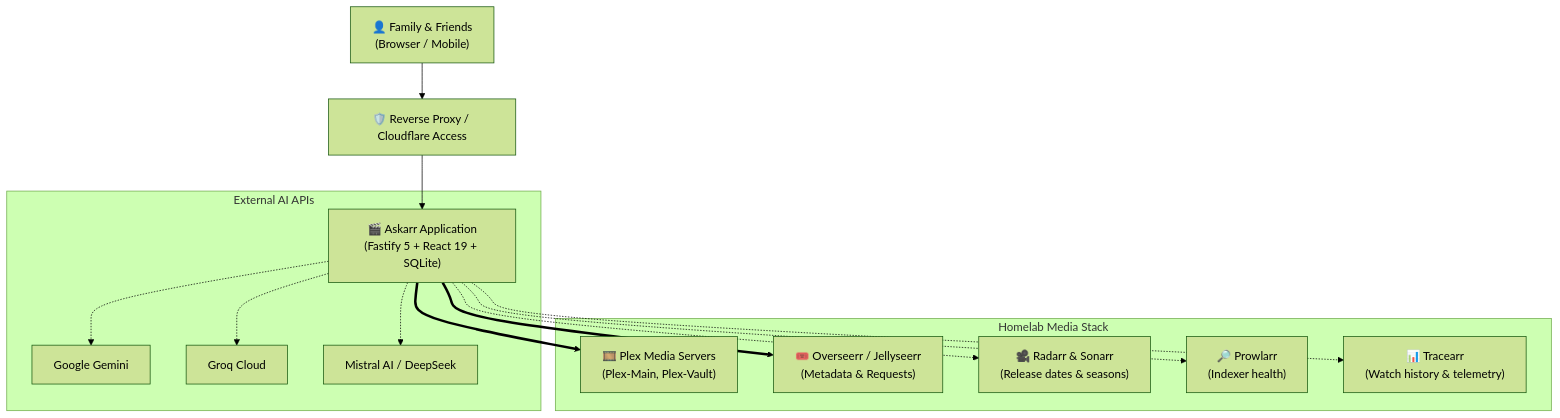
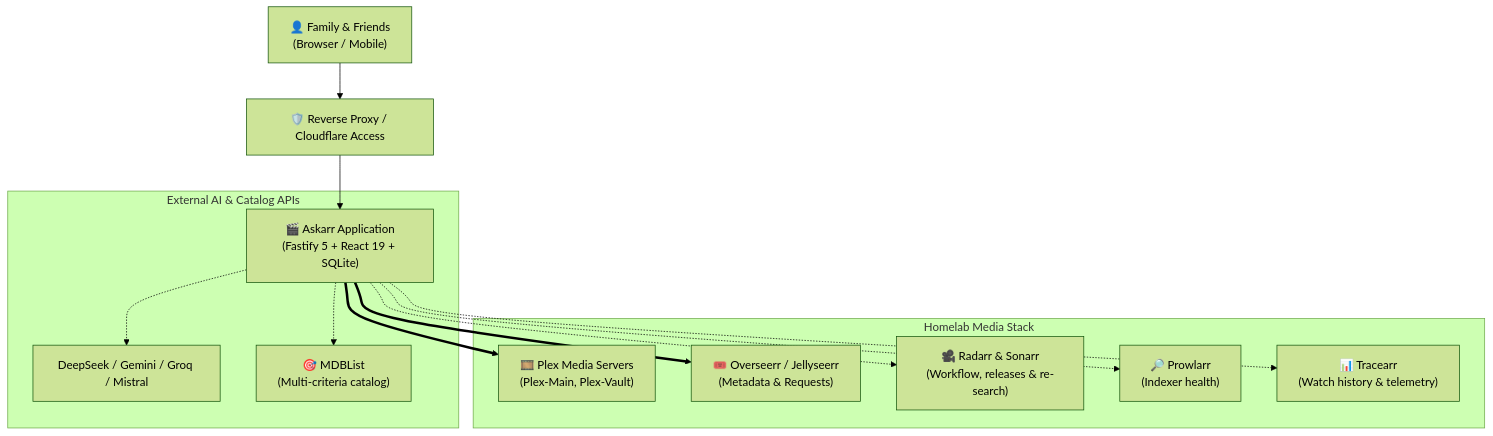
The diagram in README.md (jsuzanne/askarr), drawn with Mermaid (forest theme) before and after one commit. The commit also changed other lines of this file and 2 other files, not shown here.

````diff
--- a/README.md
+++ b/README.md
@@ -115,19 +119,18 @@
 ```mermaid
 flowchart TD
     User["👤 Family & Friends<br/>(Browser / Mobile)"] --> Proxy["🛡️ Reverse Proxy / Cloudflare Access"]
     Proxy --> Askarr["🎬 Askarr Application<br/>(Fastify 5 + React 19 + SQLite)"]
 
-    subgraph External AI APIs
-        Askarr -.-> Gemini["Google Gemini"]
-        Askarr -.-> Groq["Groq Cloud"]
-        Askarr -.-> Mistral["Mistral AI / DeepSeek"]
+    subgraph External AI & Catalog APIs
+        Askarr -.-> DeepSeek["DeepSeek / Gemini / Groq / Mistral"]
+        Askarr -.-> MDBList["🎯 MDBList<br/>(Multi-criteria catalog)"]
     end
 
     subgraph Homelab Media Stack
         Askarr ==> Plex["🎞️ Plex Media Servers<br/>(Plex-Main, Plex-Vault)"]
         Askarr ==> Overseerr["🎟️ Overseerr / Jellyseerr<br/>(Metadata & Requests)"]
-        Askarr -.-> Radarr["🎥 Radarr & Sonarr<br/>(Release dates & seasons)"]
+        Askarr -.-> Radarr["🎥 Radarr & Sonarr<br/>(Workflow, releases & re-search)"]
         Askarr -.-> Prowlarr["🔎 Prowlarr<br/>(Indexer health)"]
         Askarr -.-> Tracearr["📊 Tracearr<br/>(Watch history & telemetry)"]
     end
 ```
````
